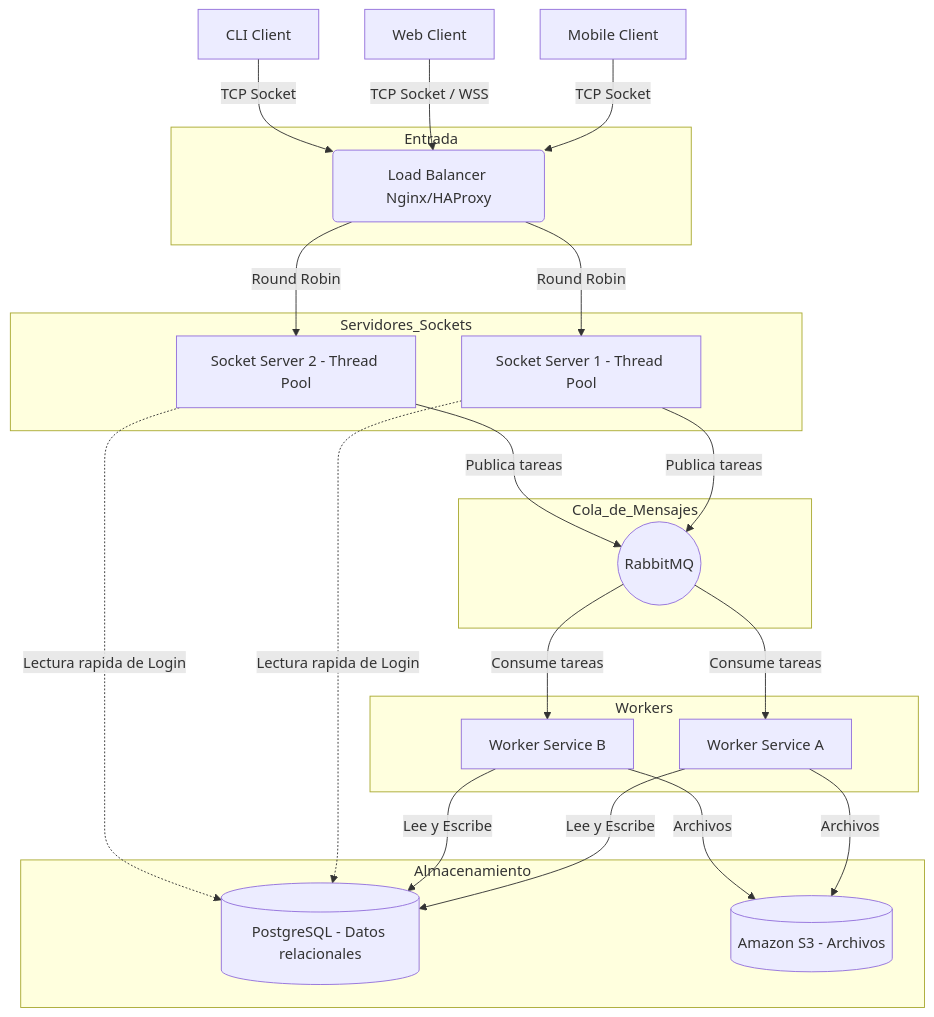
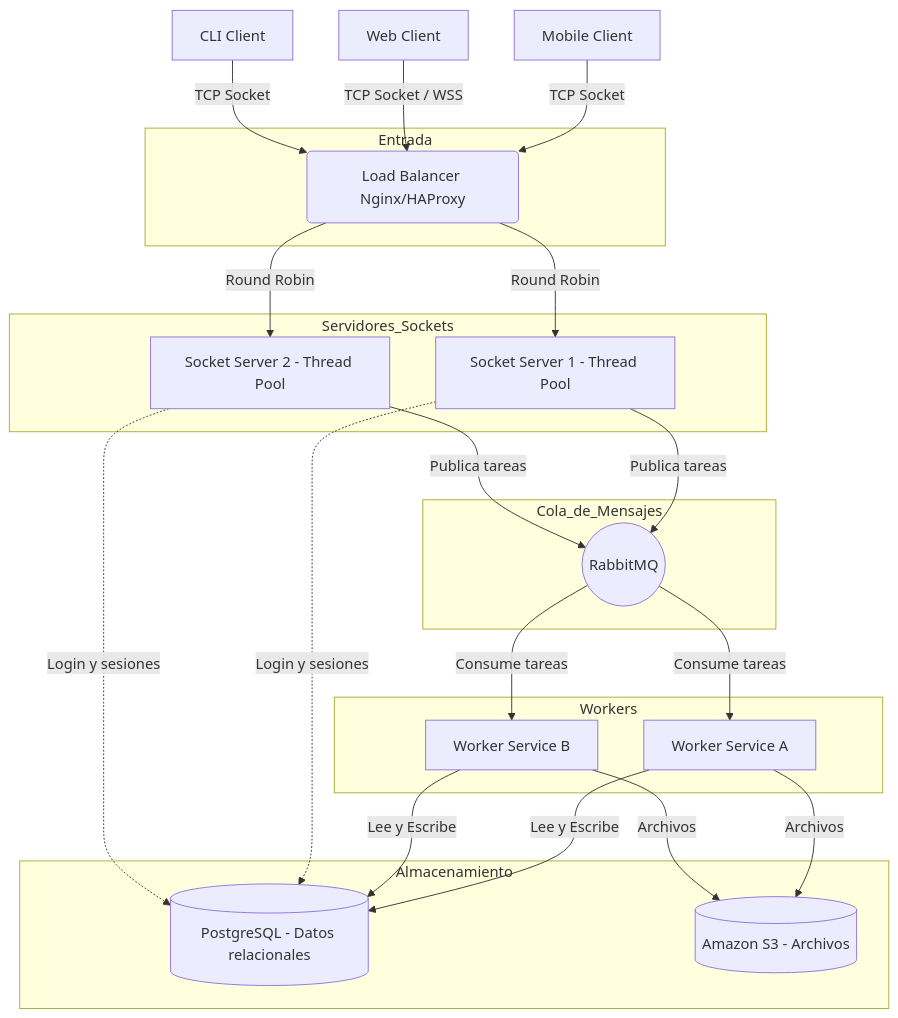
The diagram in README.md (ayecristi/redes_pfo3), drawn with Mermaid before and after one commit. The commit also changed other lines of this file and 1 other file, not shown here.

````diff
--- a/README.md
+++ b/README.md
@@ -15,46 +25,46 @@
 ```mermaid
 graph TD
     C1[Mobile Client] -->|TCP Socket| LB
     C2[Web Client] -->|TCP Socket / WSS| LB
     C3[CLI Client] -->|TCP Socket| LB
 
     subgraph Entrada
         LB(Load Balancer Nginx/HAProxy)
     end
 
     subgraph Servidores_Sockets
         S1[Socket Server 1 - Thread Pool]
         S2[Socket Server 2 - Thread Pool]
     end
 
     LB -->|Round Robin| S1
     LB -->|Round Robin| S2
 
     subgraph Cola_de_Mensajes
         MQ((RabbitMQ))
     end
 
     S1 -->|Publica tareas| MQ
     S2 -->|Publica tareas| MQ
 
     subgraph Workers
         W1[Worker Service A]
         W2[Worker Service B]
     end
 
     MQ -->|Consume tareas| W1
     MQ -->|Consume tareas| W2
 
     subgraph Almacenamiento
         DB[(PostgreSQL - Datos relacionales)]
-        S3[(Amazon S3 - Archivos)]
+        OBJ[(Amazon S3 - Archivos)]
     end
 
     W1 -->|Lee y Escribe| DB
-    W1 -->|Archivos| S3
+    W1 -->|Archivos| OBJ
     W2 -->|Lee y Escribe| DB
-    W2 -->|Archivos| S3
-    
-    S1 -.->|Lectura rapida de Login| DB
-    S2 -.->|Lectura rapida de Login| DB
+    W2 -->|Archivos| OBJ
+
+    S1 -.->|Login y sesiones| DB
+    S2 -.->|Login y sesiones| DB
 ```
````
